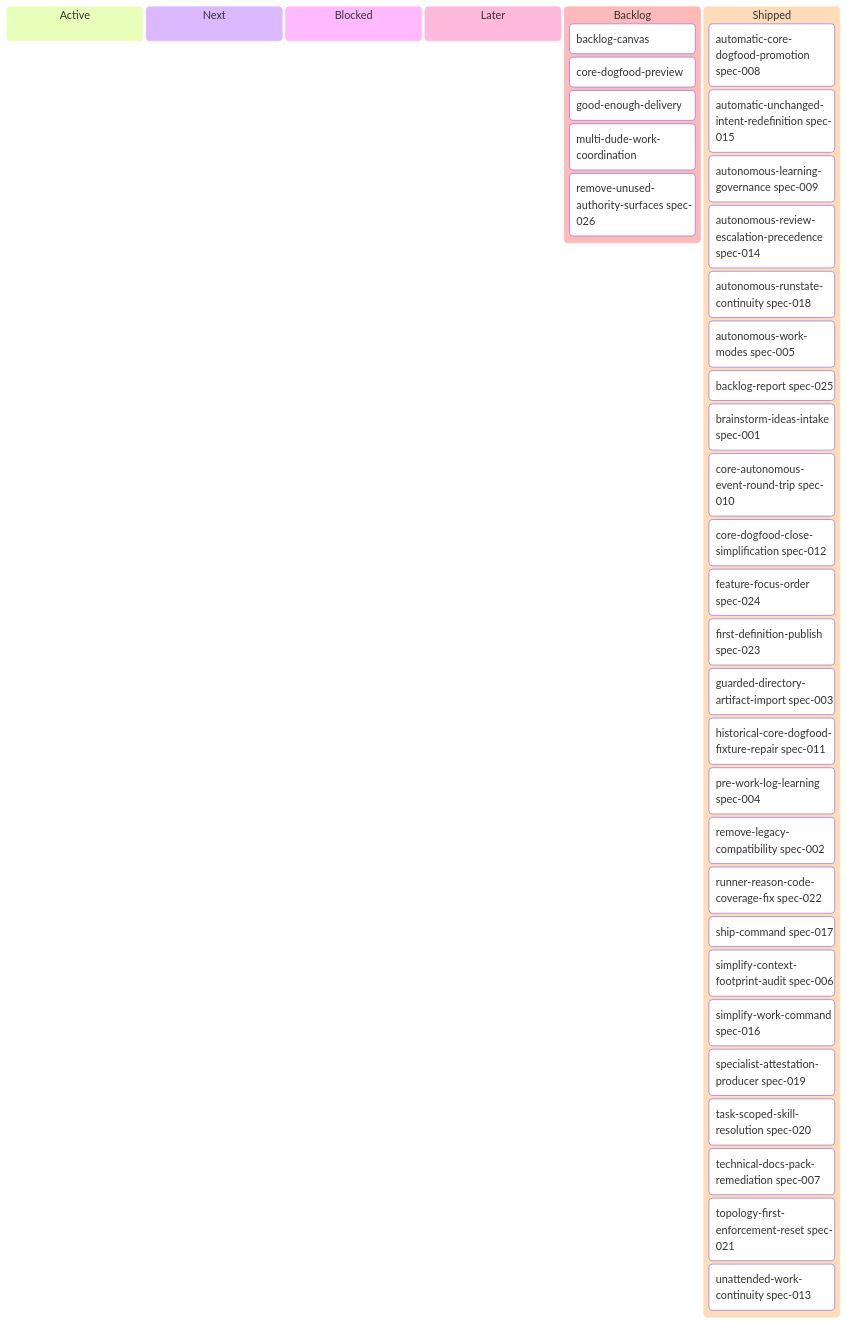
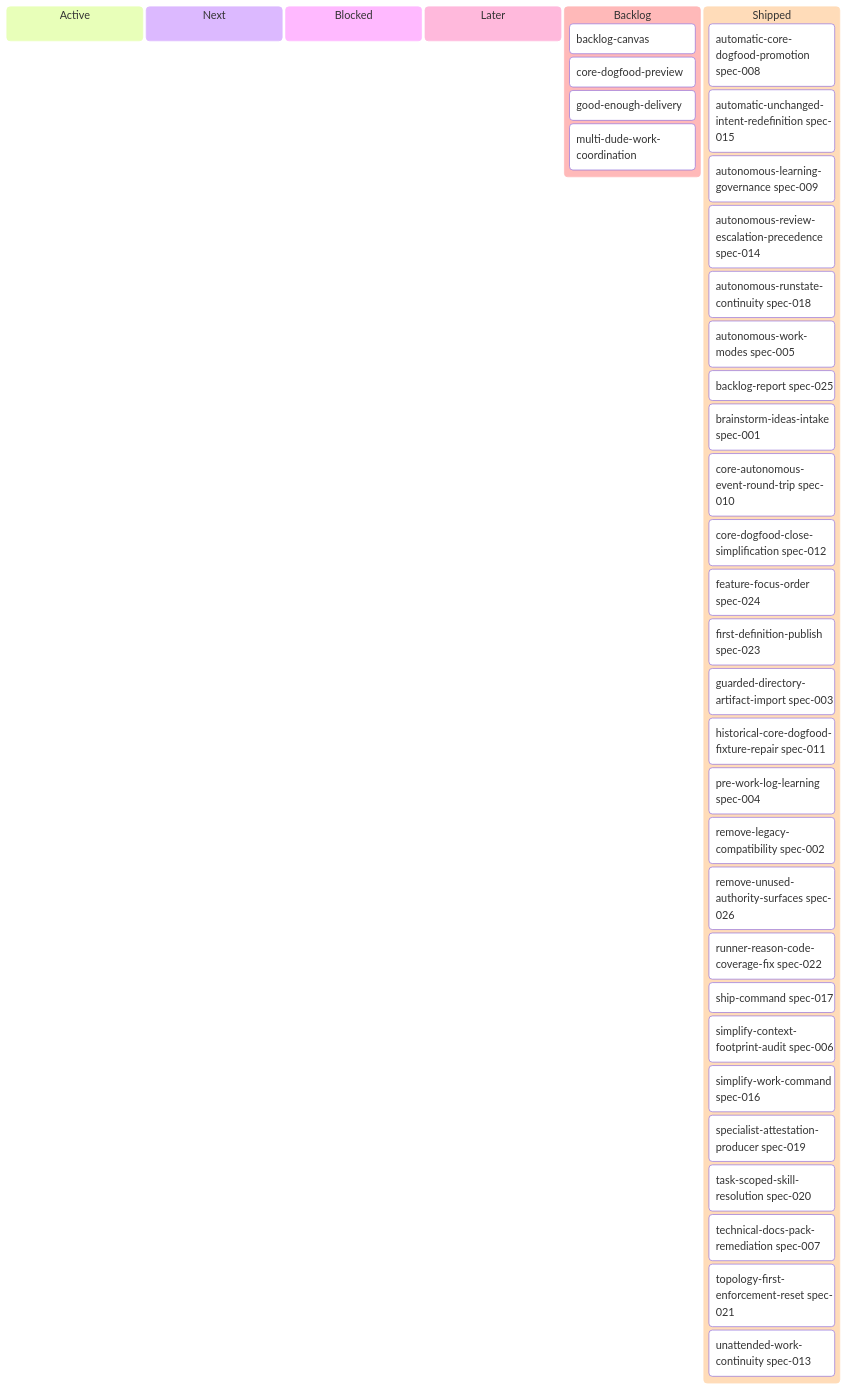
Before and after one commit to E-G-C/dude: the diagram in .dude/backlog.md, drawn with Mermaid. The commit also changed other lines of this file and 15 other files, not shown here.

First line of the commit message:
refactor(026): delete unreachable authority surfaces

````diff
--- a/.dude/backlog.md
+++ b/.dude/backlog.md
@@ -59,39 +59,39 @@
 ```mermaid
 kanban
   active[Active]
   next[Next]
   blocked[Blocked]
   later[Later]
   backlog[Backlog]
     backlog-canvas[backlog-canvas]
     core-dogfood-preview[core-dogfood-preview]
     good-enough-delivery[good-enough-delivery]
     multi-dude-work-coordination[multi-dude-work-coordination]
-    remove-unused-authority-surfaces[remove-unused-authority-surfaces spec-026]
   shipped[Shipped]
     automatic-core-dogfood-promotion[automatic-core-dogfood-promotion spec-008]
     automatic-unchanged-intent-redefinition[automatic-unchanged-intent-redefinition spec-015]
     autonomous-learning-governance[autonomous-learning-governance spec-009]
     autonomous-review-escalation-precedence[autonomous-review-escalation-precedence spec-014]
     autonomous-runstate-continuity[autonomous-runstate-continuity spec-018]
     autonomous-work-modes[autonomous-work-modes spec-005]
     backlog-report[backlog-report spec-025]
     brainstorm-ideas-intake[brainstorm-ideas-intake spec-001]
     core-autonomous-event-round-trip[core-autonomous-event-round-trip spec-010]
     core-dogfood-close-simplification[core-dogfood-close-simplification spec-012]
     feature-focus-order[feature-focus-order spec-024]
     first-definition-publish[first-definition-publish spec-023]
     guarded-directory-artifact-import[guarded-directory-artifact-import spec-003]
     historical-core-dogfood-fixture-repair[historical-core-dogfood-fixture-repair spec-011]
     pre-work-log-learning[pre-work-log-learning spec-004]
     remove-legacy-compatibility[remove-legacy-compatibility spec-002]
+    remove-unused-authority-surfaces[remove-unused-authority-surfaces spec-026]
     runner-reason-code-coverage-fix[runner-reason-code-coverage-fix spec-022]
     ship-command[ship-command spec-017]
     simplify-context-footprint-audit[simplify-context-footprint-audit spec-006]
     simplify-work-command[simplify-work-command spec-016]
     specialist-attestation-producer[specialist-attestation-producer spec-019]
     task-scoped-skill-resolution[task-scoped-skill-resolution spec-020]
     technical-docs-pack-remediation[technical-docs-pack-remediation spec-007]
     topology-first-enforcement-reset[topology-first-enforcement-reset spec-021]
     unattended-work-continuity[unattended-work-continuity spec-013]
 ```
````
